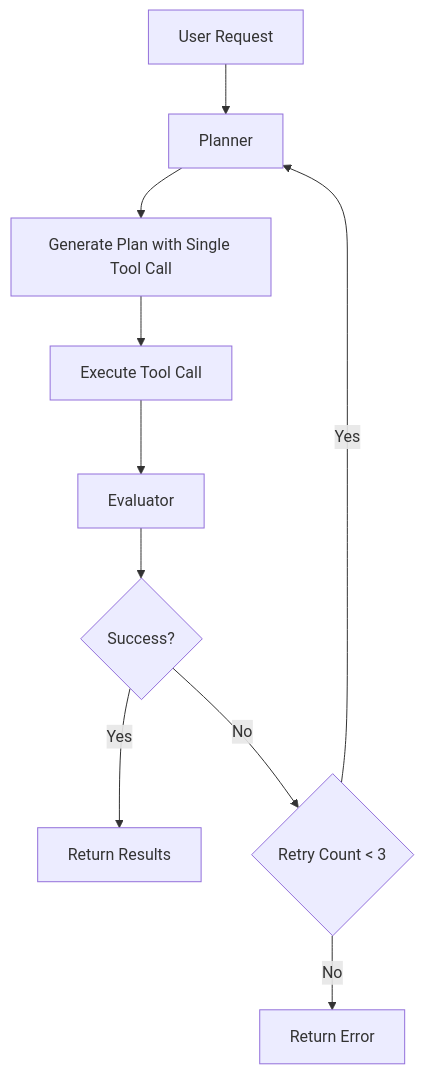
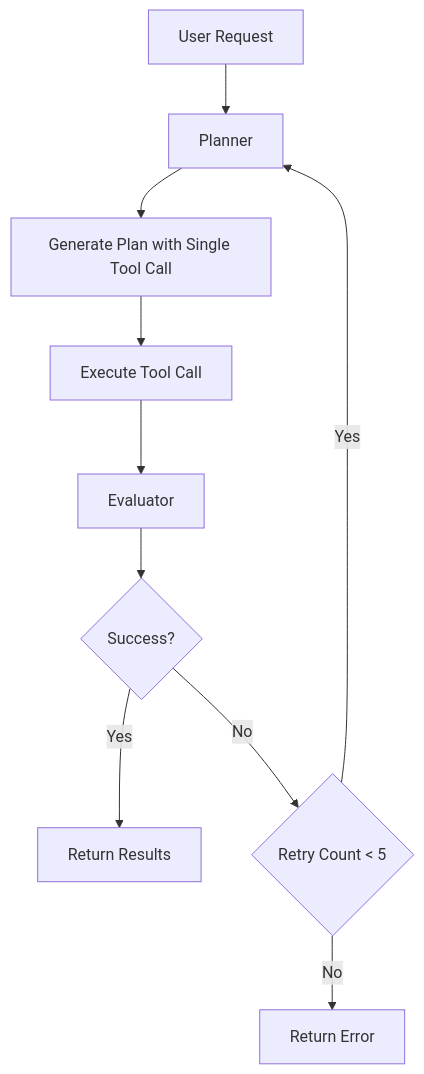
One commit to giselles-ai/giselle changed the second of 2 diagrams in packages/github-agent/README.md. Above: the diagram before and after it, drawn with Mermaid. The commit also changed other lines of this file, not shown here.

Commit message:
docs(github-agent): update README to reflect increased retry attempts and enhance API descriptions

````diff
--- a/packages/github-agent/README.md
+++ b/packages/github-agent/README.md
@@ -102,12 +102,12 @@
 ```mermaid
 flowchart TD
     A[User Request] --> B[Planner]
     B --> C[Generate Plan with Single Tool Call]
     C --> D[Execute Tool Call]
     D --> E[Evaluator]
     E --> F{Success?}
     F -->|Yes| G[Return Results]
-    F -->|No| H{Retry Count < 3}
+    F -->|No| H{Retry Count < 5}
     H -->|Yes| B
     H -->|No| I[Return Error]
 ```
````
